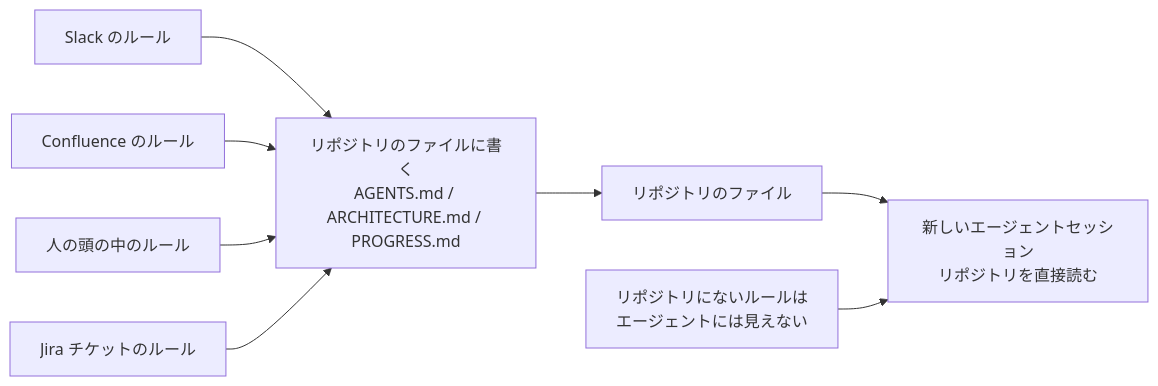
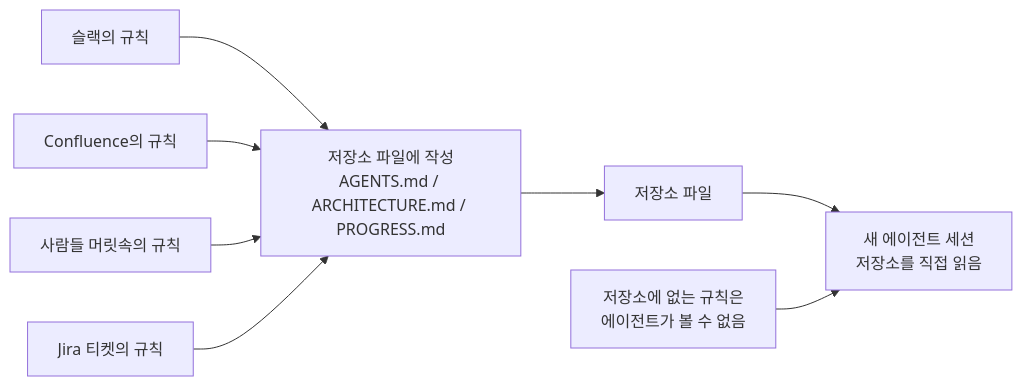
One commit to mkusaka/learn-harness-engineering changed the first of 2 diagrams in docs/ko/lectures/lecture-03-why-the-repository-must-become-the-system-of-record/index.md. Above: the diagram before and after it, drawn with Mermaid. The commit also changed other lines of this file and 684 other files, not shown here.

````diff
--- a/docs/ko/lectures/lecture-03-why-the-repository-must-become-the-system-of-record/index.md
+++ b/docs/ko/lectures/lecture-03-why-the-repository-must-become-the-system-of-record/index.md
@@ -26,10 +26,10 @@
 ```mermaid
 flowchart LR
-    Slack["Slack のルール"] --> Write["リポジトリのファイルに書く<br/>AGENTS.md / ARCHITECTURE.md / PROGRESS.md"]
-    Confluence["Confluence のルール"] --> Write
-    Heads["人の頭の中のルール"] --> Write
-    Jira["Jira チケットのルール"] --> Write
-    Write --> Repo["リポジトリのファイル"]
-    Repo --> Agent["新しいエージェントセッション<br/>リポジトリを直接読む"]
-    Warning["リポジトリにないルールは<br/>エージェントには見えない"] --> Agent
+    Slack["슬랙의 규칙"] --> Write["저장소 파일에 작성<br/>AGENTS.md / ARCHITECTURE.md / PROGRESS.md"]
+    Confluence["Confluence의 규칙"] --> Write
+    Heads["사람들 머릿속의 규칙"] --> Write
+    Jira["Jira 티켓의 규칙"] --> Write
+    Write --> Repo["저장소 파일"]
+    Repo --> Agent["새 에이전트 세션<br/>저장소를 직접 읽음"]
+    Warning["저장소에 없는 규칙은<br/>에이전트가 볼 수 없음"] --> Agent
 ```
````
